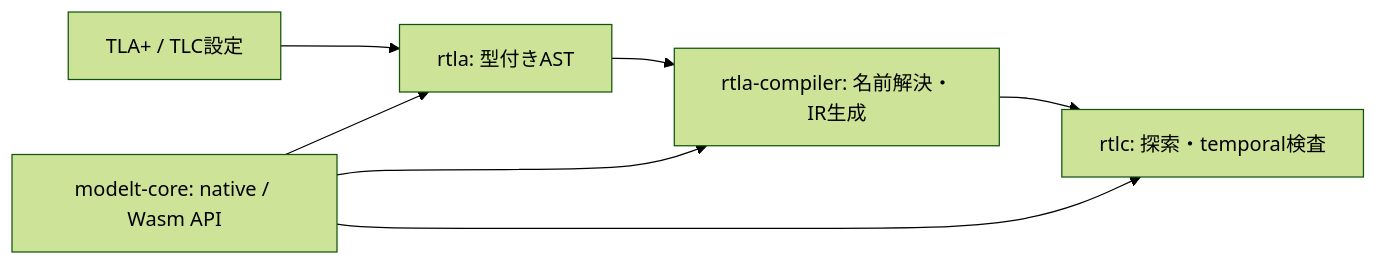
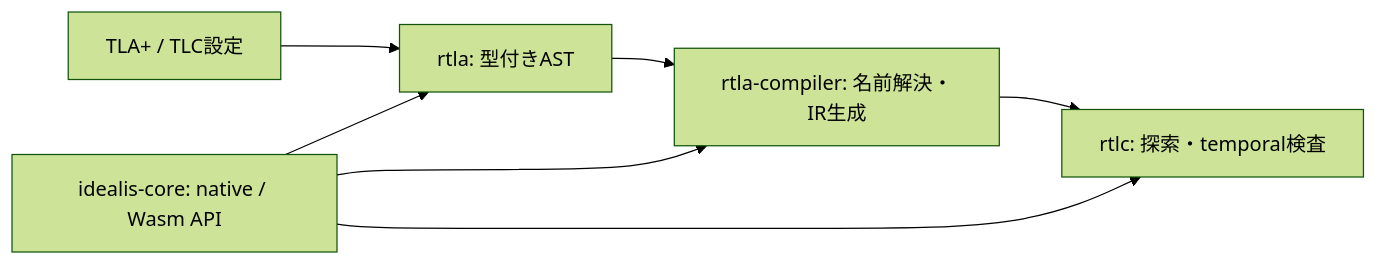
One commit to bfs2021/idealis changed the diagram in docs/rust-frontend.md. Above: the diagram before and after it, drawn with Mermaid (forest theme). The commit also changed other lines of this file and 243 other files, not shown here.

````diff
--- a/docs/rust-frontend.md
+++ b/docs/rust-frontend.md
@@ -30,9 +30,9 @@
 ```mermaid
 flowchart LR
   Source["TLA+ / TLC設定"] --> Parser["rtla: 型付きAST"]
   Parser --> Compiler["rtla-compiler: 名前解決・IR生成"]
   Compiler --> Checker["rtlc: 探索・temporal検査"]
-  Host["modelt-core: native / Wasm API"] --> Parser
+  Host["idealis-core: native / Wasm API"] --> Parser
   Host --> Compiler
   Host --> Checker
 ```
````
